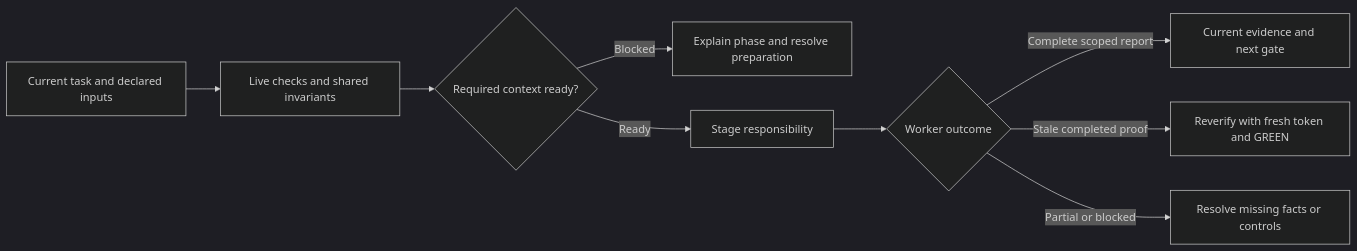
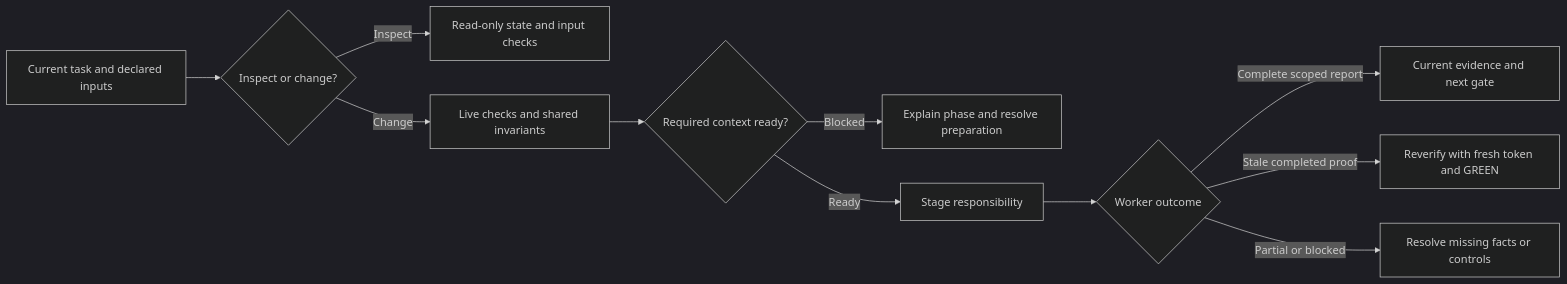
Before and after one commit to wgentil/devflow: the diagram in skills/workflow/SKILL.md, drawn with Mermaid (dark theme). The commit also changed other lines of this file and 44 other files, not shown here.

````diff
--- a/skills/workflow/SKILL.md
+++ b/skills/workflow/SKILL.md
@@ -14,11 +14,13 @@
 ```mermaid
 flowchart LR
-    Scope[Current task and declared inputs] --> Checks[Live checks and shared invariants]
+    Scope[Current task and declared inputs] --> Mode{Inspect or change?}
+    Mode -->|Inspect| Inspect[Read-only state and input checks]
+    Mode -->|Change| Checks[Live checks and shared invariants]
     Checks --> Prep{Required context ready?}
     Prep -->|Blocked| Context[Explain phase and resolve preparation]
     Prep -->|Ready| Work[Stage responsibility]
     Work --> Result{Worker outcome}
     Result -->|Complete scoped report| Evidence[Current evidence and next gate]
     Result -->|Stale completed proof| Reverify[Reverify with fresh token and GREEN]
     Result -->|Partial or blocked| Recover[Resolve missing facts or controls]
 ```
````
